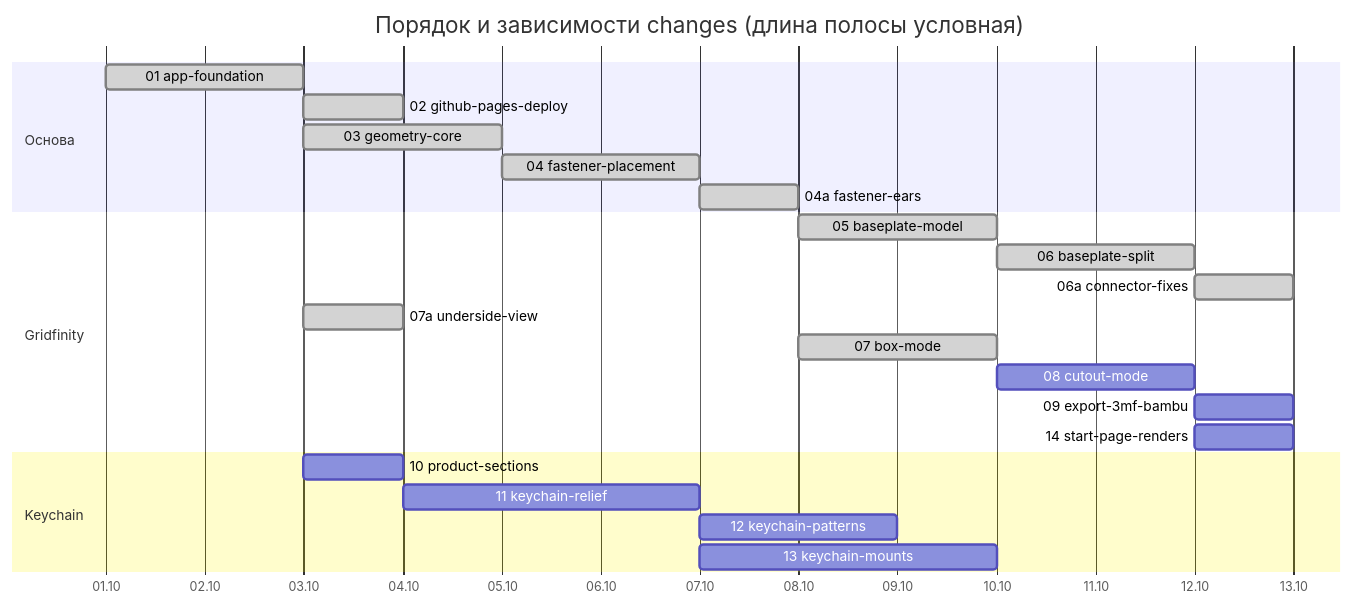
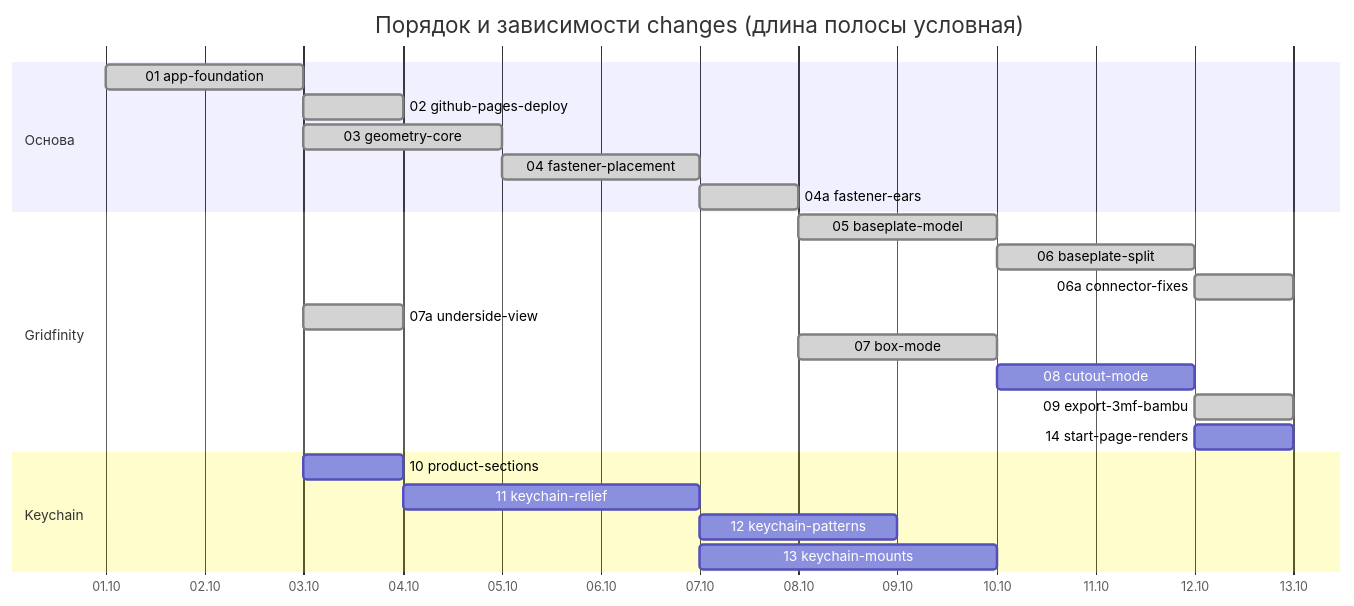
Before and after one commit to YokiToki/gridfinity: the diagram in openspec/ROADMAP.md, drawn with Mermaid. The commit also changed 8 other files, not shown here.

Commit message:
Archive 09-export-3mf-bambu

````diff
--- a/openspec/ROADMAP.md
+++ b/openspec/ROADMAP.md
@@ -26,26 +26,26 @@
 ```mermaid
 gantt
     title Порядок и зависимости changes (длина полосы условная)
     dateFormat YYYY-MM-DD
     axisFormat %d.%m
     section Основа
     01 app-foundation       :done, c01, 2026-10-01, 2d
     02 github-pages-deploy  :done, c02, after c01, 1d
     03 geometry-core        :done, c03, after c01, 2d
     04 fastener-placement   :done, c04, after c03, 2d
     04a fastener-ears       :done, c04a, after c04, 1d
     section Gridfinity
     05 baseplate-model      :done, c05, after c04a, 2d
     06 baseplate-split      :done, c06, after c05, 2d
     06a connector-fixes     :done, c06a, after c06, 1d
     07a underside-view      :done, c07a, after c01, 1d
     07 box-mode             :done, c07, after c04a, 2d
     08 cutout-mode          :c08, after c07, 2d
-    09 export-3mf-bambu     :c09, after c06 c08, 1d
+    09 export-3mf-bambu     :done, c09, after c06 c08, 1d
     14 start-page-renders   :c14, after c08 c10, 1d
     section Keychain
     10 product-sections     :c10, after c01, 1d
     11 keychain-relief      :c11, after c10, 3d
     12 keychain-patterns    :c12, after c11, 2d
     13 keychain-mounts      :c13, after c11, 3d
 ```
````
